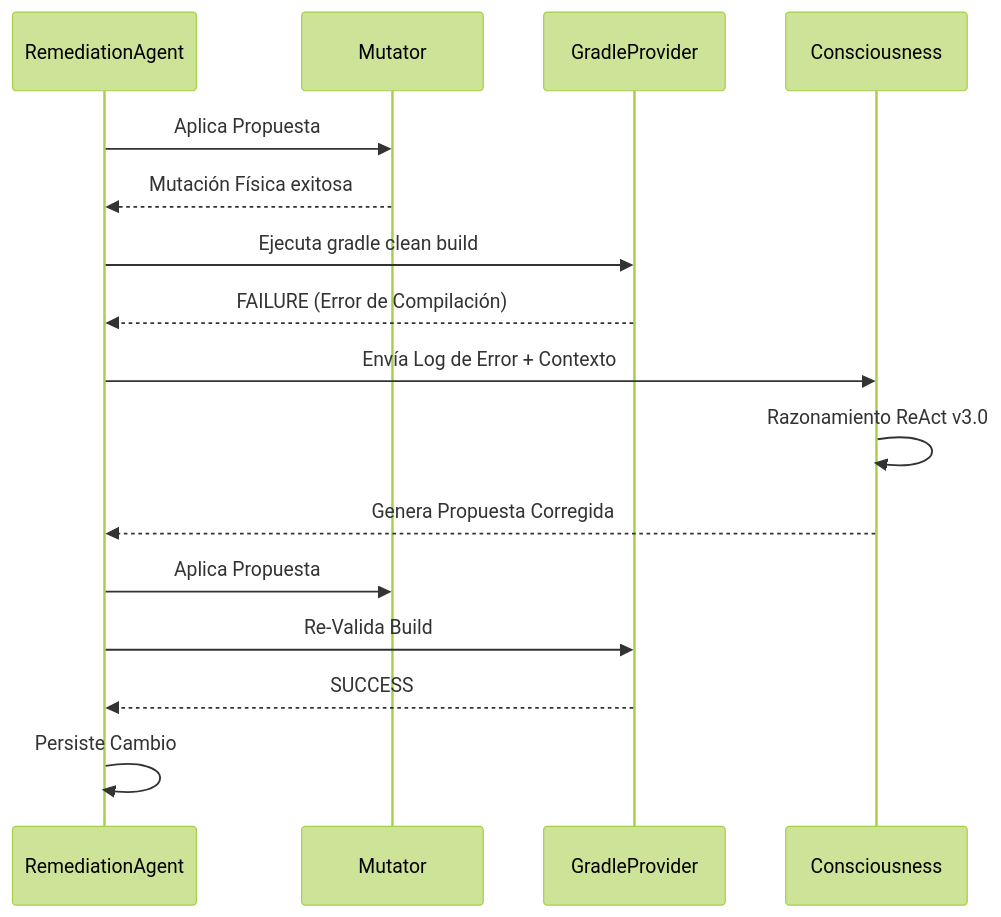
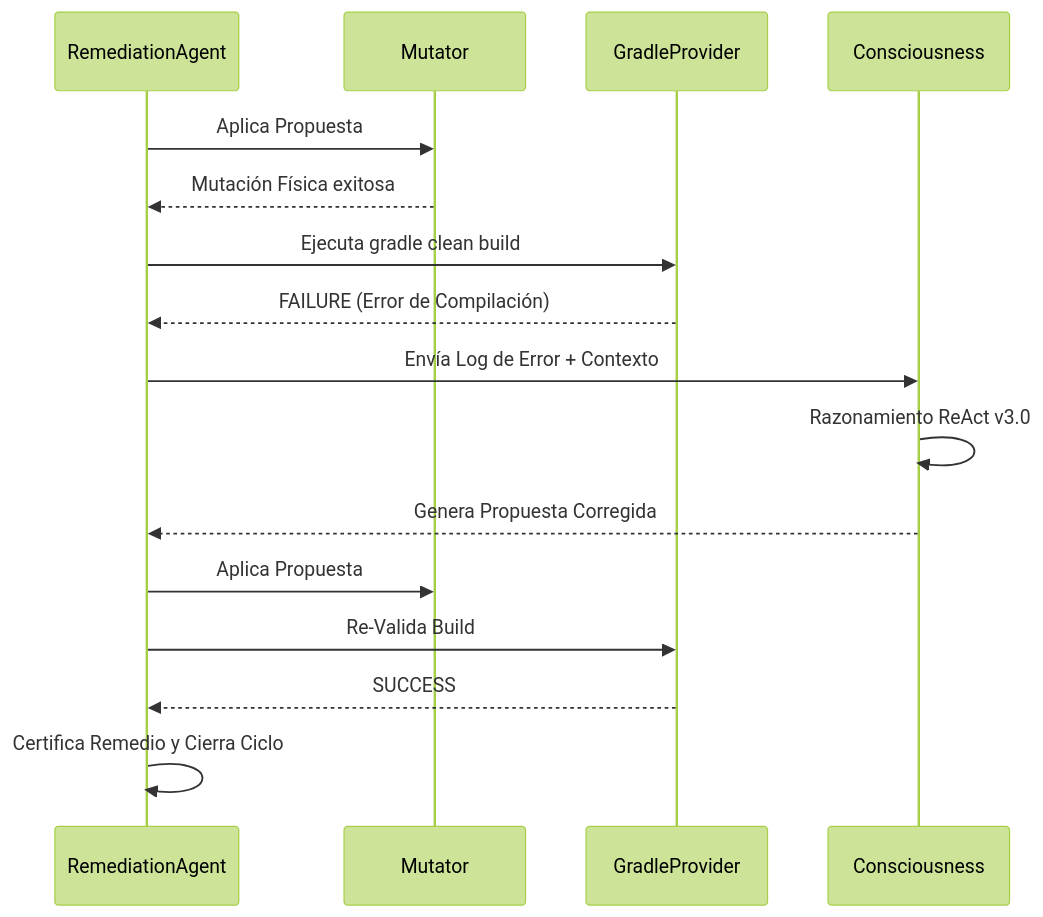
Before and after one commit to Alexander2305Potosi/agent_ia_vulnerabilities: the diagram in agent_ia/docs/manuals/TECHNICAL_MANUAL.md, drawn with Mermaid (forest theme). The commit also changed other lines of this file and 3 other files, not shown here.

````diff
--- a/agent_ia/docs/manuals/TECHNICAL_MANUAL.md
+++ b/agent_ia/docs/manuals/TECHNICAL_MANUAL.md
@@ -55,19 +55,19 @@
 ```mermaid
 sequenceDiagram
     participant A as RemediationAgent
     participant B as Mutator
     participant C as GradleProvider
     participant D as Consciousness
     
     A->>B: Aplica Propuesta #1
     B-->>A: Mutación Física exitosa
     A->>C: Ejecuta gradle clean build
     C-->>A: FAILURE (Error de Compilación)
     A->>D: Envía Log de Error + Contexto
     D->>D: Razonamiento ReAct v3.0
     D-->>A: Genera Propuesta Corregida #2
     A->>B: Aplica Propuesta #2
     A->>C: Re-Valida Build
     C-->>A: SUCCESS
-    A->>A: Persiste Cambio
+    A->>A: Certifica Remedio y Cierra Ciclo
 ```
````
